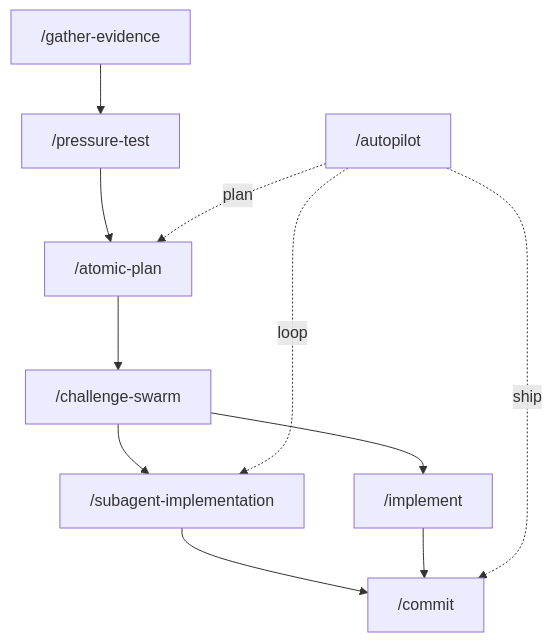
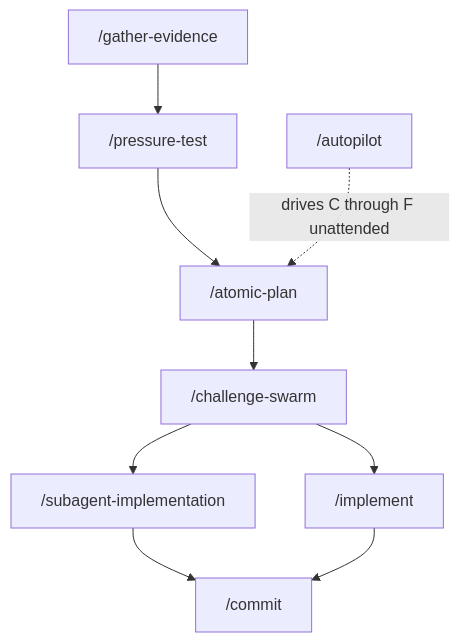
Before and after one commit to damusix/atomic-claude: the first of 12 diagrams in docs/wiki/workflow.md, drawn with Mermaid. The commit also changed other lines of this file and 795 other files, not shown here.

````diff
--- a/docs/wiki/workflow.md
+++ b/docs/wiki/workflow.md
@@ -23,13 +25,11 @@
 ```mermaid
 flowchart TD
     A["/gather-evidence"] --> B["/pressure-test"]
     B --> C["/atomic-plan"]
     C --> D["/challenge-swarm"]
     D --> E["/subagent-implementation"]
     D --> H["/implement"]
     E --> F["/commit"]
     H --> F
-    G["/autopilot"] -.->|plan| C
-    G -.->|loop| E
-    G -.->|ship| F
+    G["/autopilot"] -. drives C through F unattended .-> C
 ```
````
